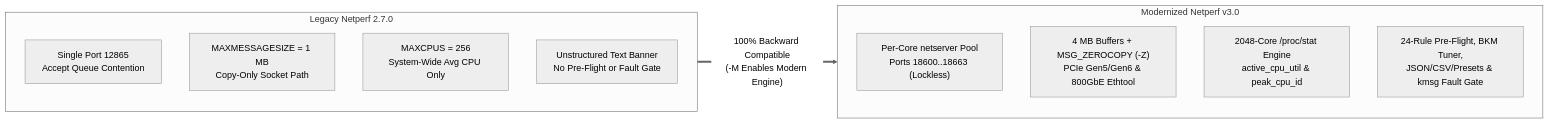
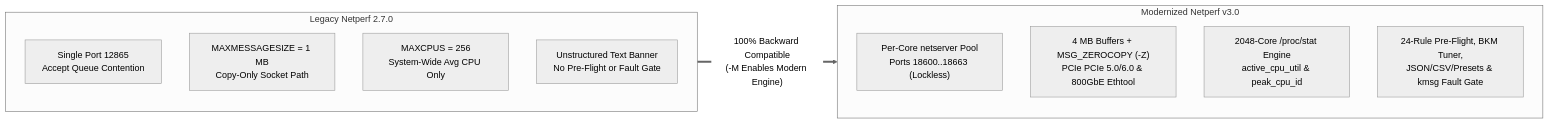
The diagram in dev/docs/EXECUTIVE_SUMMARY.md (thehevy/netperf_copilot), drawn with Mermaid (neutral theme) before and after one commit. The commit also changed 13 other files, not shown here.

Commit message:
style(pcie): use PCIe 4.0, PCIe 5.0, and PCIe 6.0 instead of Gen4/Gen5/Gen6 across docs, wiki, and tools

````diff
--- a/dev/docs/EXECUTIVE_SUMMARY.md
+++ b/dev/docs/EXECUTIVE_SUMMARY.md
@@ -40,18 +40,18 @@
 ```mermaid
 flowchart LR
     subgraph Legacy["Legacy Netperf 2.7.0"]
         L1["Single Port 12865\nAccept Queue Contention"]
         L2["MAXMESSAGESIZE = 1 MB\nCopy-Only Socket Path"]
         L3["MAXCPUS = 256\nSystem-Wide Avg CPU Only"]
         L4["Unstructured Text Banner\nNo Pre-Flight or Fault Gate"]
     end
 
     subgraph Modern["Modernized Netperf v3.0"]
         M1["Per-Core netserver Pool\nPorts 18600..18663 (Lockless)"]
-        M2["4 MB Buffers + MSG_ZEROCOPY (-Z)\nPCIe Gen5/Gen6 & 800GbE Ethtool"]
+        M2["4 MB Buffers + MSG_ZEROCOPY (-Z)\nPCIe PCIe 5.0/6.0 & 800GbE Ethtool"]
         M3["2048-Core /proc/stat Engine\nactive_cpu_util & peak_cpu_id"]
         M4["24-Rule Pre-Flight, BKM Tuner,\nJSON/CSV/Presets & kmsg Fault Gate"]
     end
 
     Legacy ==>|"100% Backward Compatible\n(-M Enables Modern Engine)"| Modern
 ```
````
